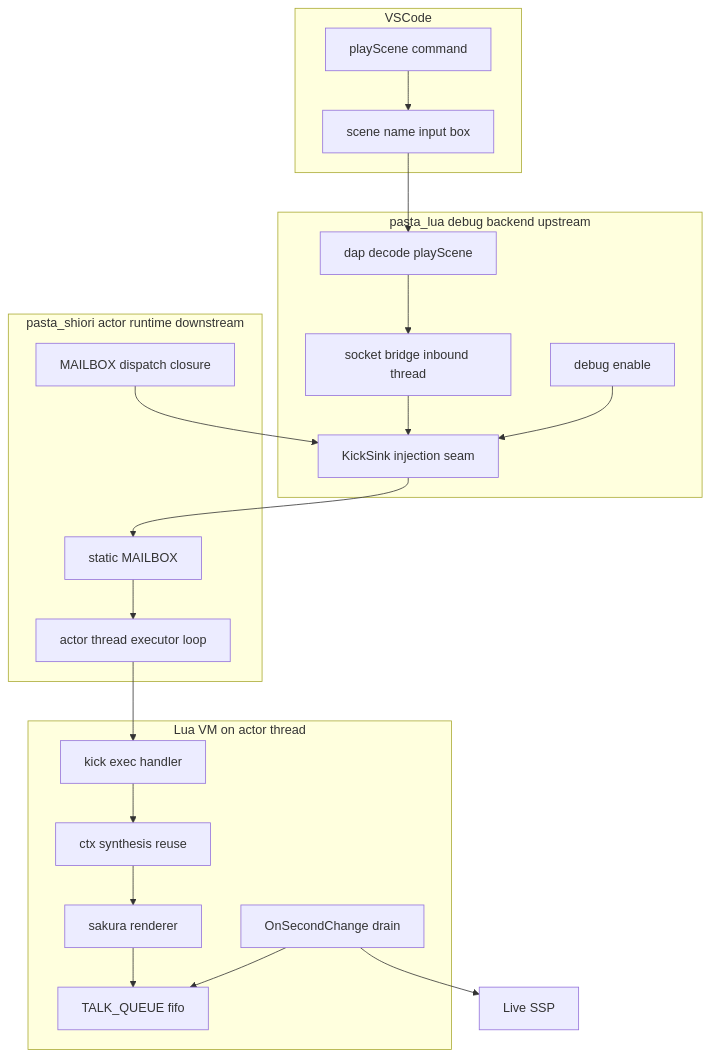
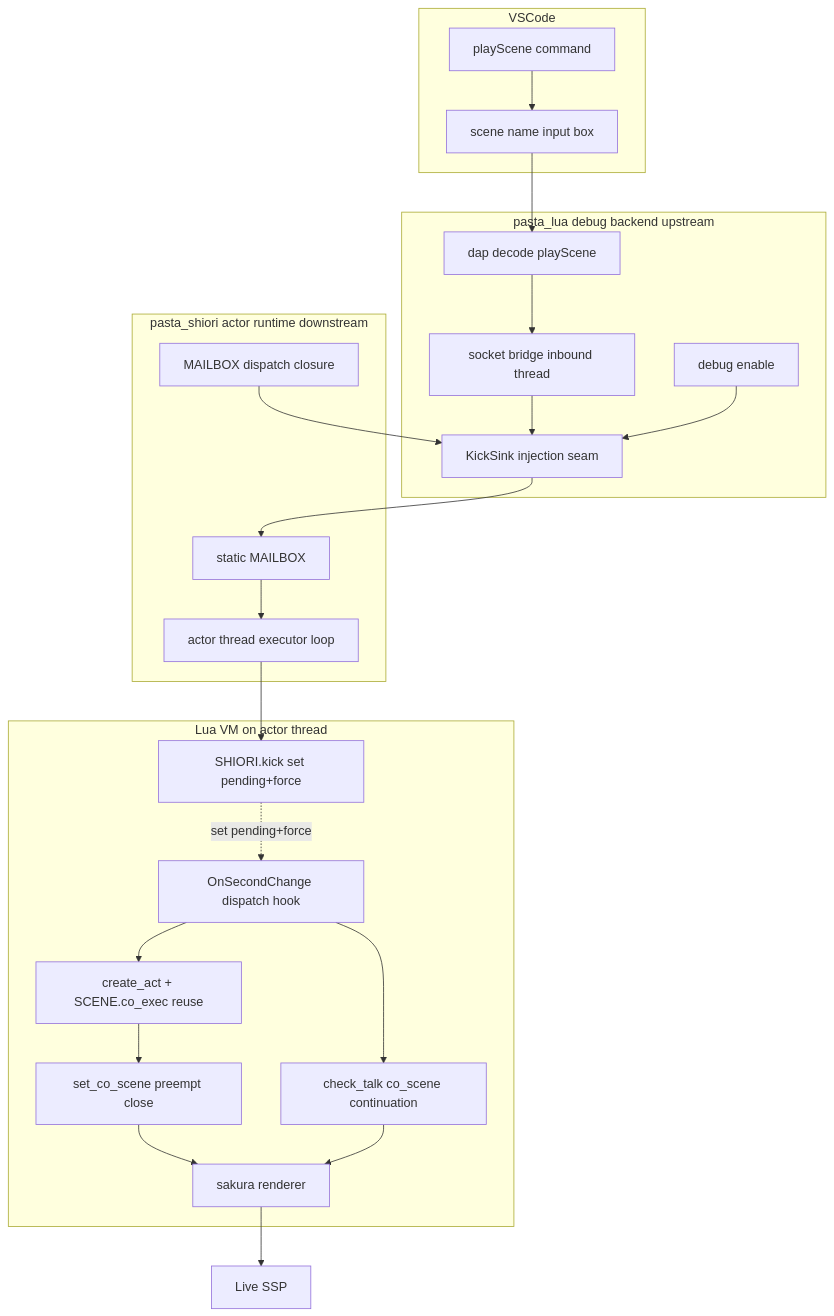
The first of 2 diagrams in .kiro/specs/pasta-scene-kick/design.md (ekicyou/pasta), drawn with Mermaid before and after one commit. The commit also changed other lines of this file and 2 other files, not shown here.

First line of the commit message:
docs(pasta-scene-kick): resolve design discussion #1 - reuse co_scene continuation (drop talk FIFO)

````diff
--- a/.kiro/specs/pasta-scene-kick/design.md
+++ b/.kiro/specs/pasta-scene-kick/design.md
@@ -70,41 +83,44 @@
 ```mermaid
 graph TB
     subgraph VSCode
         Cmd[playScene command]
         Input[scene name input box]
     end
     subgraph PastaLua[pasta_lua debug backend upstream]
         Decode[dap decode playScene]
         SocketBridge[socket bridge inbound thread]
         KickSinkSeam[KickSink injection seam]
         Enable[debug enable]
     end
     subgraph PastaShiori[pasta_shiori actor runtime downstream]
         Inject[MAILBOX dispatch closure]
         Mailbox[static MAILBOX]
         Executor[actor thread executor loop]
     end
     subgraph LuaVM[Lua VM on actor thread]
-        KickHandler[kick exec handler]
-        CtxSynth[ctx synthesis reuse]
+        KickInstall[SHIORI.kick set pending+force]
+        DispatchHook[OnSecondChange dispatch hook]
+        FireReuse[create_act + SCENE.co_exec reuse]
+        SetCoScene[set_co_scene preempt close]
+        Continue[check_talk co_scene continuation]
         Renderer[sakura renderer]
-        TalkQueue[TALK_QUEUE fifo]
-        SecondChange[OnSecondChange drain]
     end
     LiveSSP[Live SSP]
 
     Cmd --> Input
     Input --> Decode
     Decode --> SocketBridge
     SocketBridge --> KickSinkSeam
     Inject --> KickSinkSeam
     KickSinkSeam --> Mailbox
     Enable --> KickSinkSeam
     Mailbox --> Executor
-    Executor --> KickHandler
-    KickHandler --> CtxSynth
-    CtxSynth --> Renderer
-    Renderer --> TalkQueue
-    SecondChange --> TalkQueue
-    SecondChange --> LiveSSP
+    Executor --> KickInstall
+    KickInstall -.set pending+force.-> DispatchHook
+    DispatchHook --> FireReuse
+    FireReuse --> SetCoScene
+    SetCoScene --> Renderer
+    DispatchHook --> Continue
+    Continue --> Renderer
+    Renderer --> LiveSSP
 ```
````
